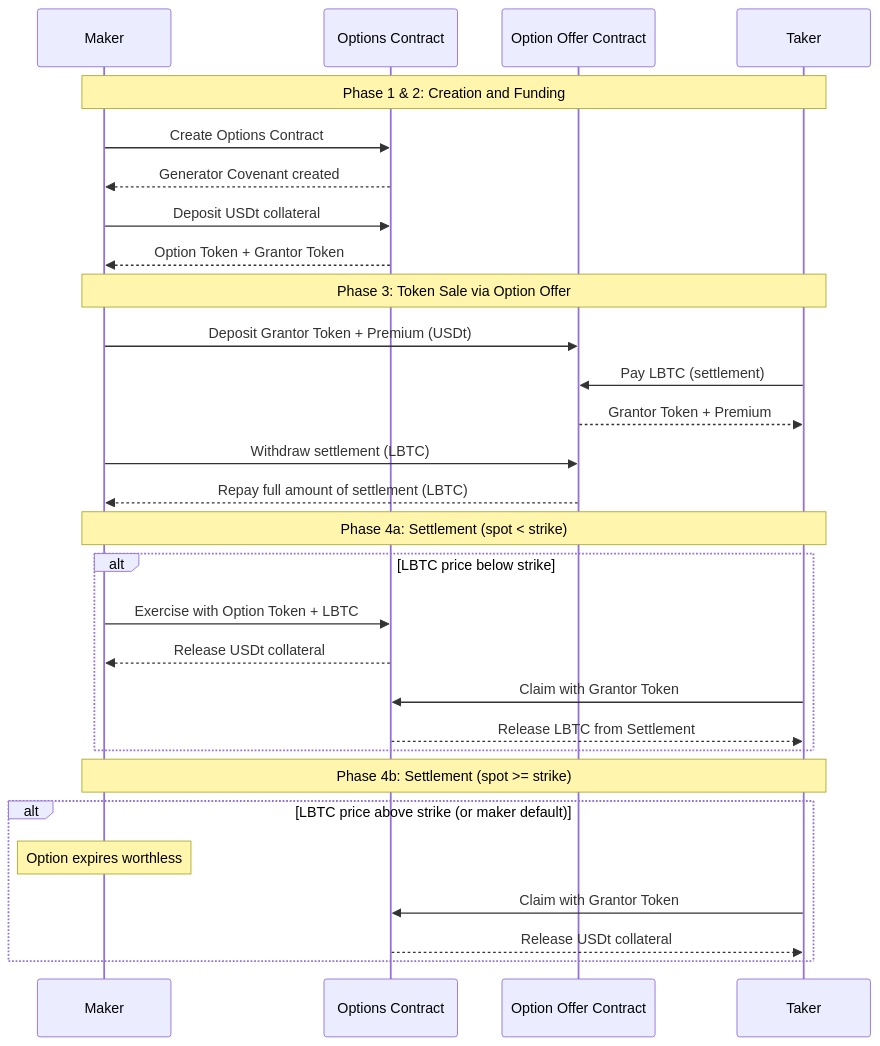
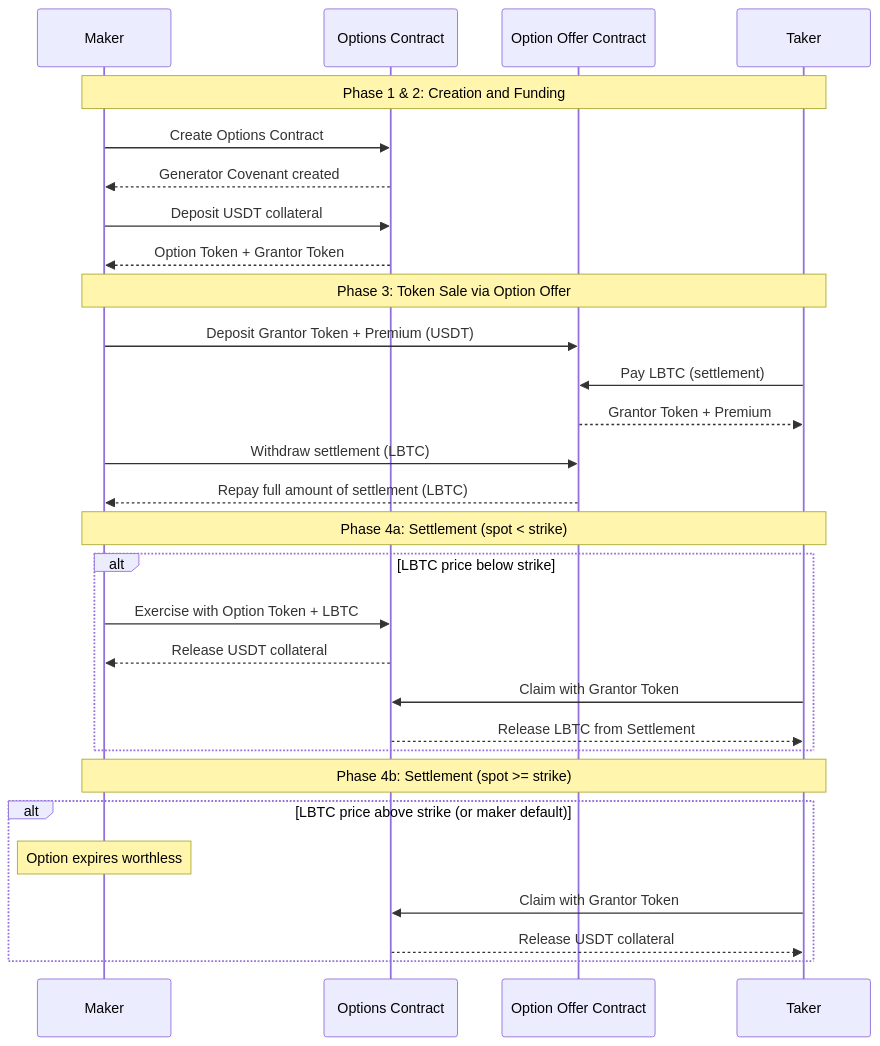
The diagram in docs/use-cases/simplicity-dex.md (BlockstreamResearch/simplicity-lang-org), drawn with Mermaid before and after one commit. The commit also changed other lines of this file, not shown here.

Commit message:
Capitalize "USDT" as example asset

````diff
--- a/docs/use-cases/simplicity-dex.md
+++ b/docs/use-cases/simplicity-dex.md
@@ -85,35 +85,35 @@
 ```mermaid
 sequenceDiagram
     participant Maker
     participant Options as Options Contract
     participant OptionOffer as Option Offer Contract
     participant Taker
 
     Note over Maker,Taker: Phase 1 & 2: Creation and Funding
     Maker->>Options: Create Options Contract
     Options-->>Maker: Generator Covenant created
-    Maker->>Options: Deposit USDt collateral
+    Maker->>Options: Deposit USDT collateral
     Options-->>Maker: Option Token + Grantor Token
 
     Note over Maker,Taker: Phase 3: Token Sale via Option Offer
-    Maker->>OptionOffer: Deposit Grantor Token + Premium (USDt)
+    Maker->>OptionOffer: Deposit Grantor Token + Premium (USDT)
     Taker->>OptionOffer: Pay LBTC (settlement)
     OptionOffer-->>Taker: Grantor Token + Premium
     Maker->>OptionOffer: Withdraw settlement (LBTC)
     OptionOffer-->>Maker: Repay full amount of settlement (LBTC)
 
     Note over Maker,Taker: Phase 4a: Settlement (spot < strike)
     alt LBTC price below strike
         Maker->>Options: Exercise with Option Token + LBTC
-        Options-->>Maker: Release USDt collateral
+        Options-->>Maker: Release USDT collateral
         Taker->>Options: Claim with Grantor Token
         Options-->>Taker: Release LBTC from Settlement
     end
 
     Note over Maker,Taker: Phase 4b: Settlement (spot >= strike)
     alt LBTC price above strike (or maker default)
         Note over Maker: Option expires worthless
         Taker->>Options: Claim with Grantor Token
-        Options-->>Taker: Release USDt collateral
+        Options-->>Taker: Release USDT collateral
     end
 ```
````
